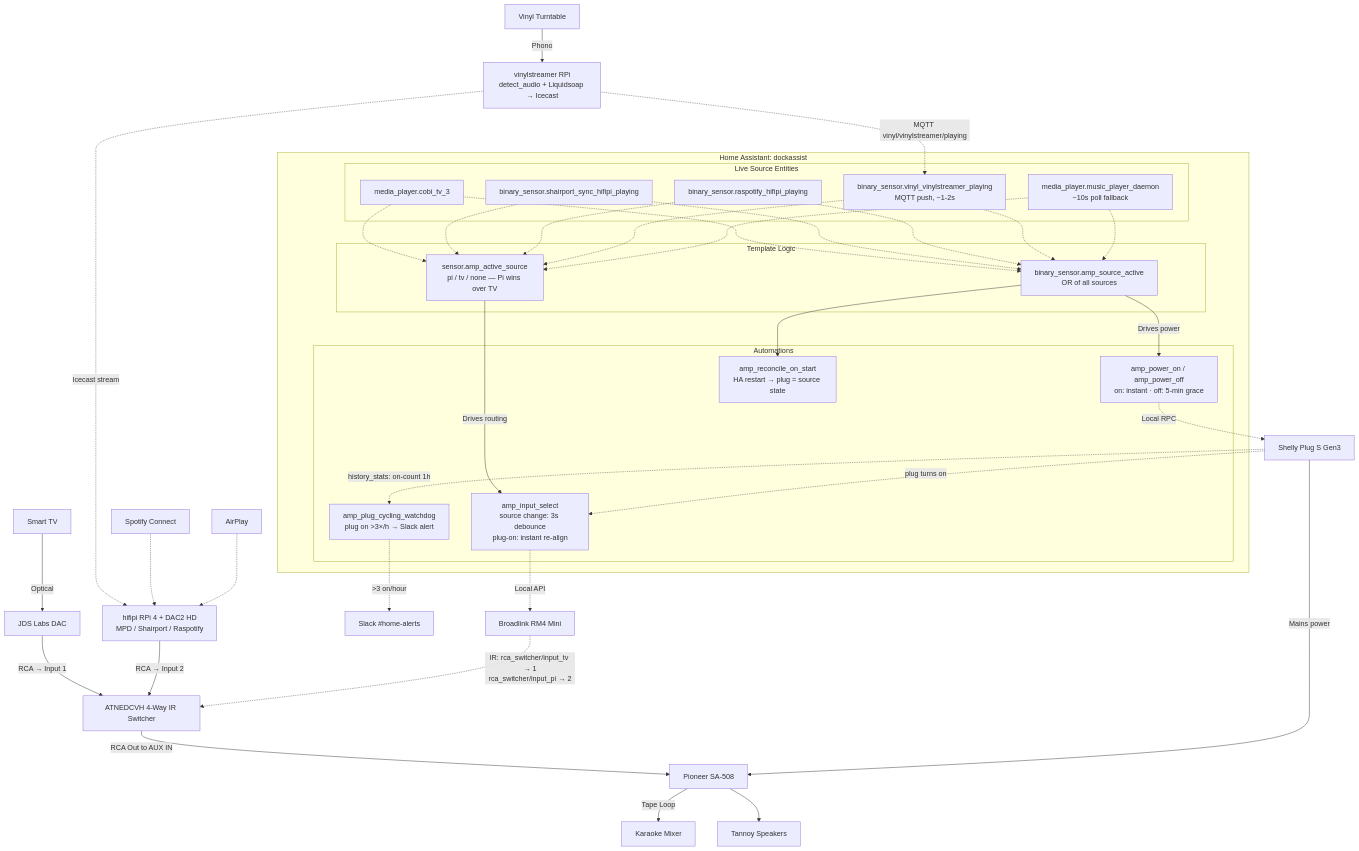
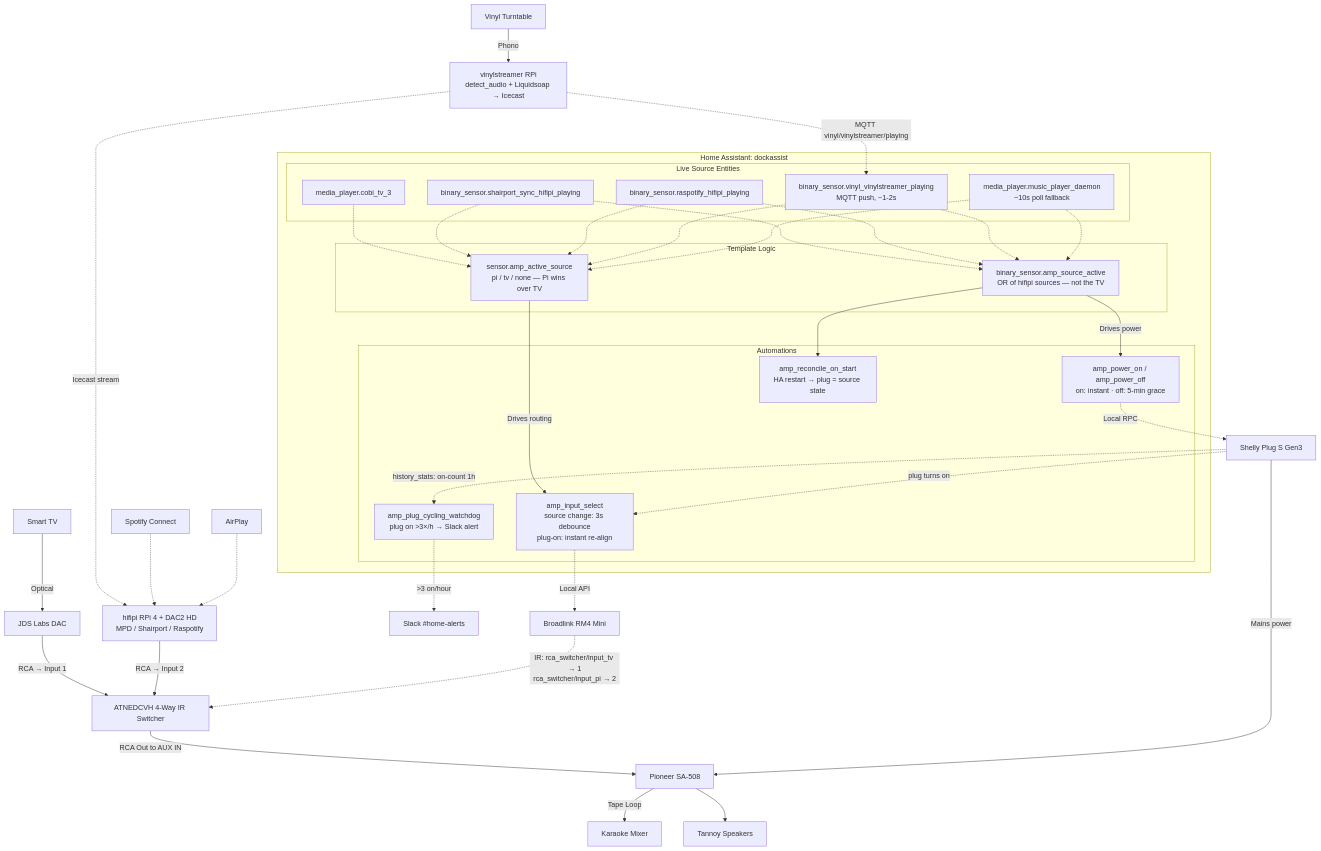
The diagram in docs/AUDIO_AUTOMATION.md (ignaciojimenez/infrastructure-automation), drawn with Mermaid before and after one commit. The commit also changed other lines of this file and 3 other files, not shown here.

````diff
--- a/docs/AUDIO_AUTOMATION.md
+++ b/docs/AUDIO_AUTOMATION.md
@@ -14,71 +14,70 @@
 ```mermaid
 flowchart TD
     %% Audio Sources (Physical Layer)
     TV[Smart TV] -->|Optical| DAC[JDS Labs DAC]
     Vinyl[Vinyl Turntable] -->|Phono| VinylPi[vinylstreamer RPi<br/>detect_audio + Liquidsoap → Icecast]
     VinylPi -.->|Icecast stream| HifiPi[hifipi RPi 4 + DAC2 HD<br/>MPD / Shairport / Raspotify]
     Spotify[Spotify Connect] -.-> HifiPi
     AirPlay[AirPlay] -.-> HifiPi
 
     %% Physical Routing Layer
     DAC -->|RCA → Input 1| Switch[ATNEDCVH 4-Way IR Switcher]
     HifiPi -->|RCA → Input 2| Switch
 
     %% Power, Amp & Output Layer
     Switch -->|RCA Out to AUX IN| Pioneer[Pioneer SA-508]
     Shelly[Shelly Plug S Gen3] -->|Mains power| Pioneer
     Pioneer -->|Tape Loop| Karaoke[Karaoke Mixer]
     Pioneer --> Speakers[Tannoy Speakers]
 
     %% Home Assistant (The Brain)
     subgraph HA[Home Assistant: dockassist]
         subgraph Entities[Live Source Entities]
             E_TV[media_player.cobi_tv_3]
             E_AP[binary_sensor.shairport_sync_hifipi_playing]
             E_SP[binary_sensor.raspotify_hifipi_playing]
             E_VINYL[binary_sensor.vinyl_vinylstreamer_playing<br/>MQTT push, ~1-2s]
             E_MPD[media_player.music_player_daemon<br/>~10s poll fallback]
         end
 
         subgraph Templates[Template Logic]
-            TS_Active[binary_sensor.amp_source_active<br/>OR of all sources]
+            TS_Active[binary_sensor.amp_source_active<br/>OR of hifipi sources — not the TV]
             TS_Source[sensor.amp_active_source<br/>pi / tv / none — Pi wins over TV]
         end
 
         subgraph Automations[Automations]
             A_Power[amp_power_on / amp_power_off<br/>on: instant · off: 5-min grace]
             A_Input[amp_input_select<br/>source change: 3s debounce<br/>plug-on: instant re-align]
             A_Reconcile[amp_reconcile_on_start<br/>HA restart → plug = source state]
             A_Watchdog[amp_plug_cycling_watchdog<br/>plug on >3×/h → Slack alert]
         end
     end
 
     %% Source → template mapping
-    E_TV -.-> TS_Active
     E_AP -.-> TS_Active
     E_SP -.-> TS_Active
     E_VINYL -.-> TS_Active
     E_MPD -.-> TS_Active
 
     E_TV -.-> TS_Source
     E_AP -.-> TS_Source
     E_SP -.-> TS_Source
     E_VINYL -.-> TS_Source
     E_MPD -.-> TS_Source
 
     %% Vinyl signal path into HA
     VinylPi -.->|MQTT vinyl/vinylstreamer/playing| E_VINYL
 
     %% Automation triggers
     TS_Active -->|Drives power| A_Power
     TS_Active --> A_Reconcile
     TS_Source -->|Drives routing| A_Input
     Shelly -.->|plug turns on| A_Input
 
     %% Physical actions (Control Layer)
     A_Power -.->|Local RPC| Shelly
     Shelly -.->|history_stats: on-count 1h| A_Watchdog
     A_Watchdog -.->|>3 on/hour| Slack[Slack #home-alerts]
     A_Input -.->|Local API| Broadlink[Broadlink RM4 Mini]
     Broadlink -.->|IR: rca_switcher/input_tv → 1<br/>rca_switcher/input_pi → 2| Switch
 ```
````
